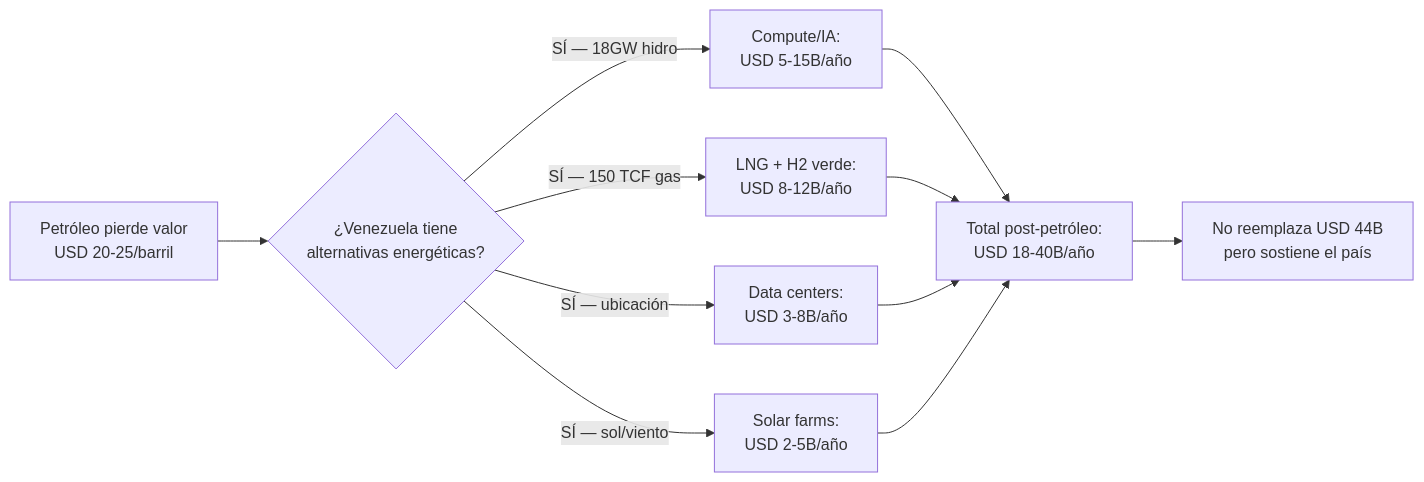
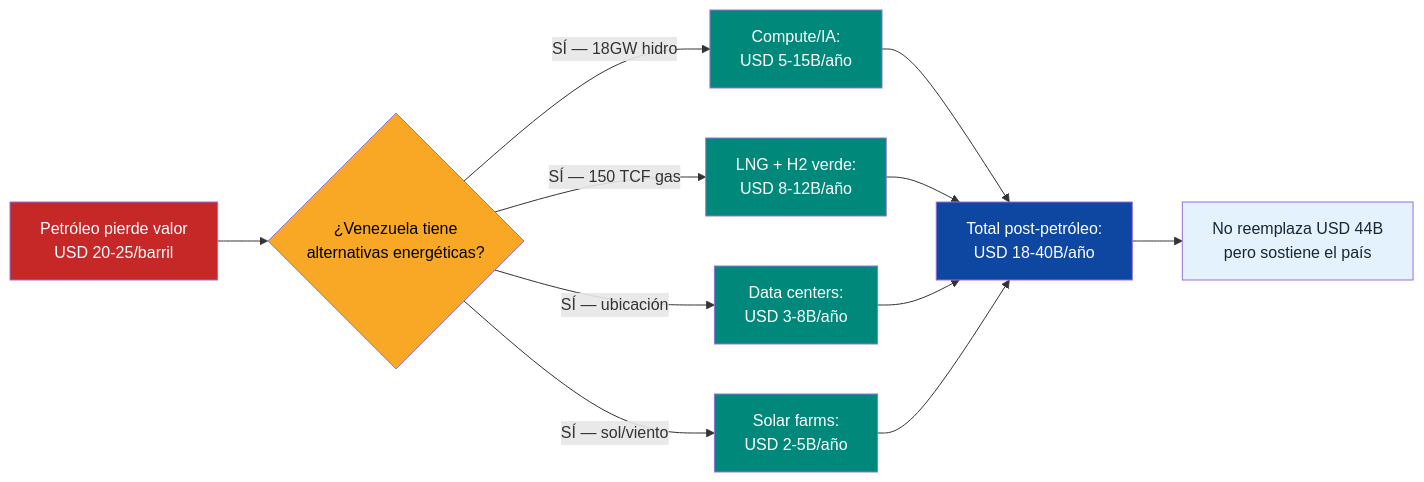
Before and after one commit to Venezuela-S-A/venezuela-sa: the fifth of 5 diagrams in docs/07-ejecucion/riesgos.md, drawn with Mermaid. The commit also changed other lines of this file and 127 other files, not shown here.

````diff
--- a/docs/07-ejecucion/riesgos.md
+++ b/docs/07-ejecucion/riesgos.md
@@ -255,13 +280,22 @@
 ```mermaid
 flowchart LR
     A["Petróleo pierde valor<br/>USD 20-25/barril"] --> B{"¿Venezuela tiene<br/>alternativas energéticas?"}
     B -->|"SÍ — 18GW hidro"| C["Compute/IA:<br/>USD 5-15B/año"]
     B -->|"SÍ — 150 TCF gas"| D["LNG + H2 verde:<br/>USD 8-12B/año"]
     B -->|"SÍ — ubicación"| E["Data centers:<br/>USD 3-8B/año"]
     B -->|"SÍ — sol/viento"| F["Solar farms:<br/>USD 2-5B/año"]
     C --> G["Total post-petróleo:<br/>USD 18-40B/año"]
     D --> G
     E --> G
     F --> G
     G --> H["No reemplaza USD 44B<br/>pero sostiene el país"]
+
+    style A fill:#C62828,color:#fff
+    style B fill:#F9A825,color:#000
+    style C fill:#00897B,color:#fff
+    style D fill:#00897B,color:#fff
+    style E fill:#00897B,color:#fff
+    style F fill:#00897B,color:#fff
+    style G fill:#0D47A1,color:#fff
+    style H fill:#E3F2FD,color:#1B2631
 ```
````
